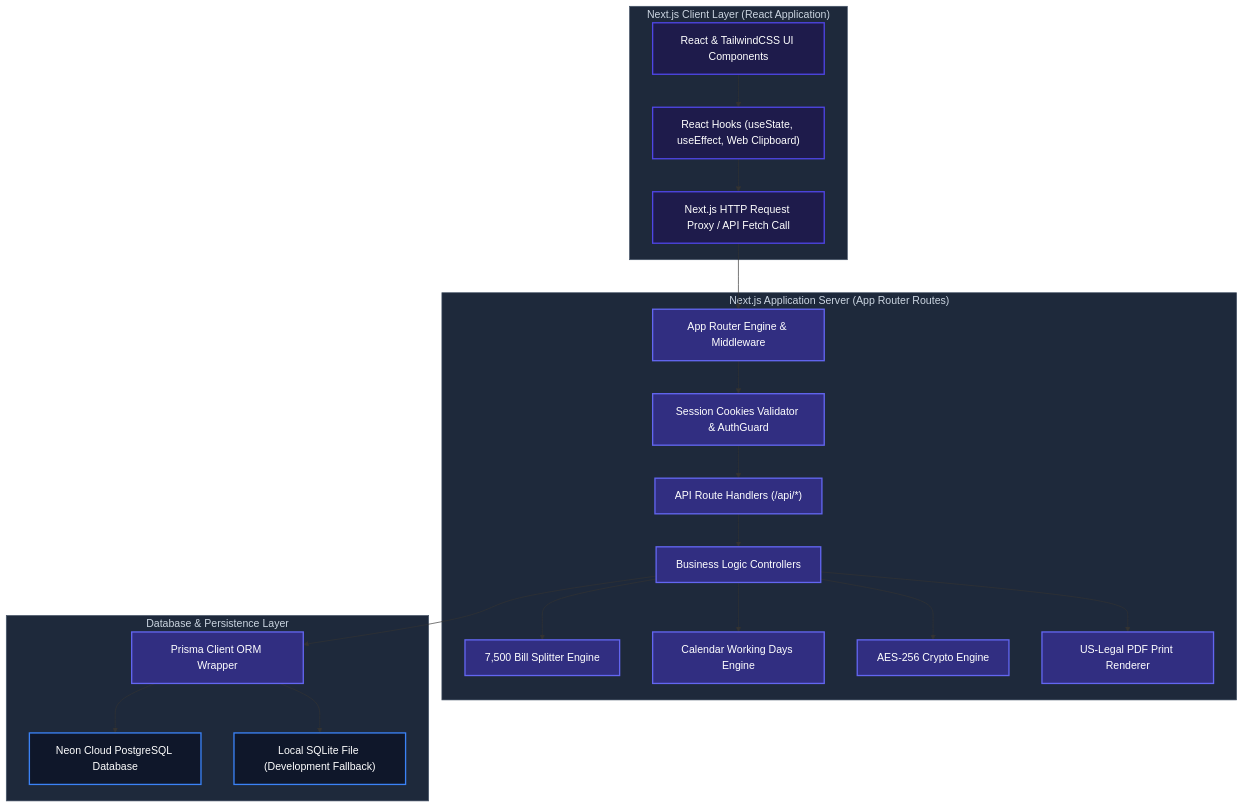
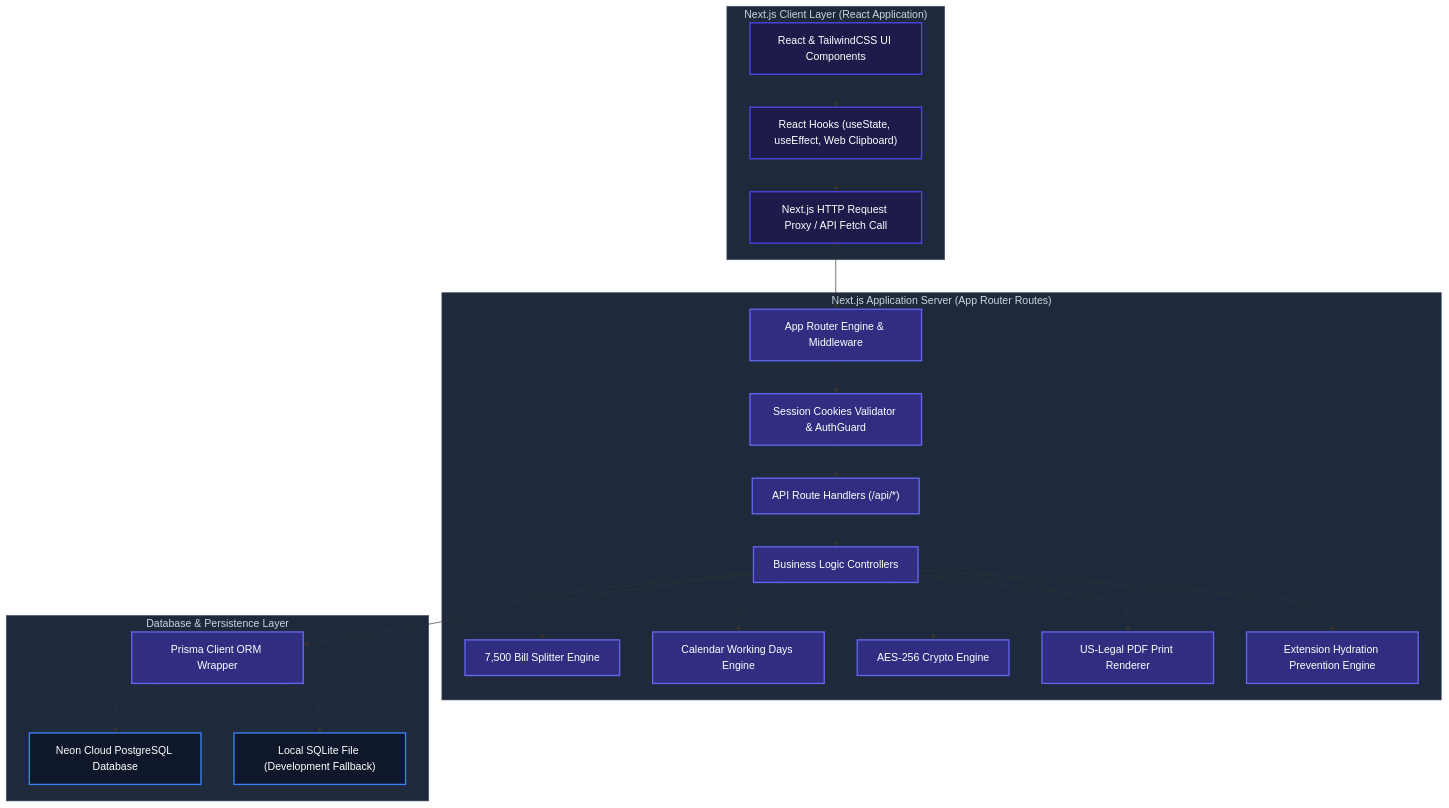
Before and after one commit to syedarifulislamemon2010/Late-Sitting-Holiday-Night-Duty: the diagram in README.md, drawn with Mermaid. The commit also changed other lines of this file and 16 other files, not shown here.

````diff
--- a/README.md
+++ b/README.md
@@ -29,34 +27,35 @@
 ```mermaid
 graph TD
     %% Styling
     classDef client fill:#1e1b4b,stroke:#4f46e5,stroke-width:2px,color:#fff;
     classDef server fill:#312e81,stroke:#6366f1,stroke-width:2px,color:#fff;
     classDef storage fill:#0f172a,stroke:#3b82f6,stroke-width:2px,color:#fff;
     classDef box fill:#1e293b,stroke:#475569,stroke-width:1px,color:#cbd5e1;
 
     subgraph Client["Next.js Client Layer (React Application)"]
         UI["React & TailwindCSS UI Components"]:::client --> State["React Hooks (useState, useEffect, Web Clipboard)"]:::client
         State --> Proxy["Next.js HTTP Request Proxy / API Fetch Call"]:::client
     end
 
     subgraph Server["Next.js Application Server (App Router Routes)"]
         Proxy --> Router["App Router Engine & Middleware"]:::server
         Router --> Auth["Session Cookies Validator & AuthGuard"]:::server
         Auth --> Endpoints["API Route Handlers (/api/*)"]:::server
         Endpoints --> BusinessLogic["Business Logic Controllers"]:::server
         
         %% Mechanisms
         BusinessLogic --> LimitSplitter["7,500 Bill Splitter Engine"]:::server
         BusinessLogic --> CalendarEngine["Calendar Working Days Engine"]:::server
         BusinessLogic --> CryptoEngine["AES-256 Crypto Engine"]:::server
         BusinessLogic --> PrintStyles["US-Legal PDF Print Renderer"]:::server
+        BusinessLogic --> ExtensionFix["Extension Hydration Prevention Engine"]:::server
     end
 
     subgraph Storage["Database & Persistence Layer"]
         BusinessLogic --> Prisma["Prisma Client ORM Wrapper"]:::server
         Prisma --> NeonPostgreSQL["Neon Cloud PostgreSQL Database"]:::storage
         Prisma --> LocalSQLite["Local SQLite File (Development Fallback)"]:::storage
     end
 
     class Client,Server,Storage box;
 ```
````
